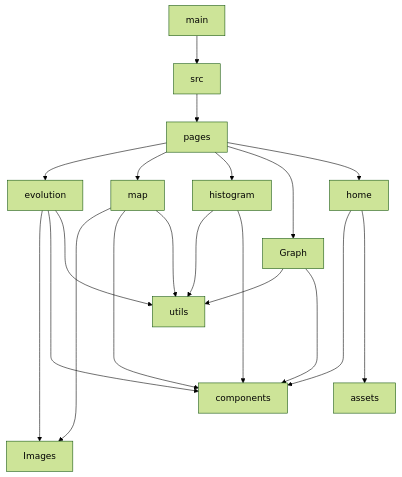
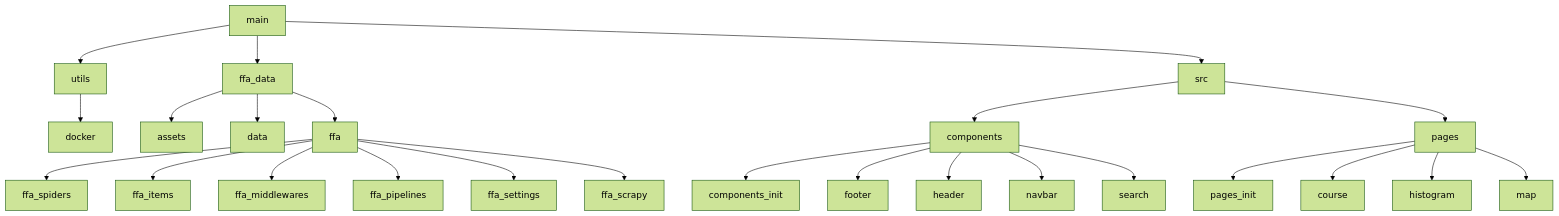
The diagram in Readme.md (TrotiRemi/FFA_Data), drawn with Mermaid (forest theme) before and after one commit. The commit also changed other lines of this file, not shown here.

````diff
--- a/Readme.md
+++ b/Readme.md
@@ -19,30 +57,27 @@
 ```mermaid
 flowchart TB
+    main --> utils
+    main --> ffa_data
     main --> src
+    utils --> docker
+    ffa_data --> assets
+    ffa_data --> data
+    ffa_data --> ffa
+    ffa --> ffa_spiders
+    ffa --> ffa_items
+    ffa --> ffa_middlewares
+    ffa --> ffa_pipelines
+    ffa --> ffa_settings
+    ffa --> ffa_scrapy
+    src --> components
     src --> pages
-
-    pages --> evolution
+    components --> components_init
+    components --> footer
+    components --> header
+    components --> navbar
+    components --> search
+    pages --> pages_init
+    pages --> course
+    pages --> histogram
     pages --> map
-    pages --> histogram
-    pages --> Graph
-    pages --> home
-
-    evolution ------> Images
-    evolution -----> components
-    
-    evolution ---> utils
-
-    histogram --> utils
-    histogram -----> components
-    
-    Graph --> utils
-    Graph ---> components
-    
-    map ------> Images
-    map -----> components
-    
-    map --> utils
-    
-    home ---> components
-    home -----> assets
 ```
````
